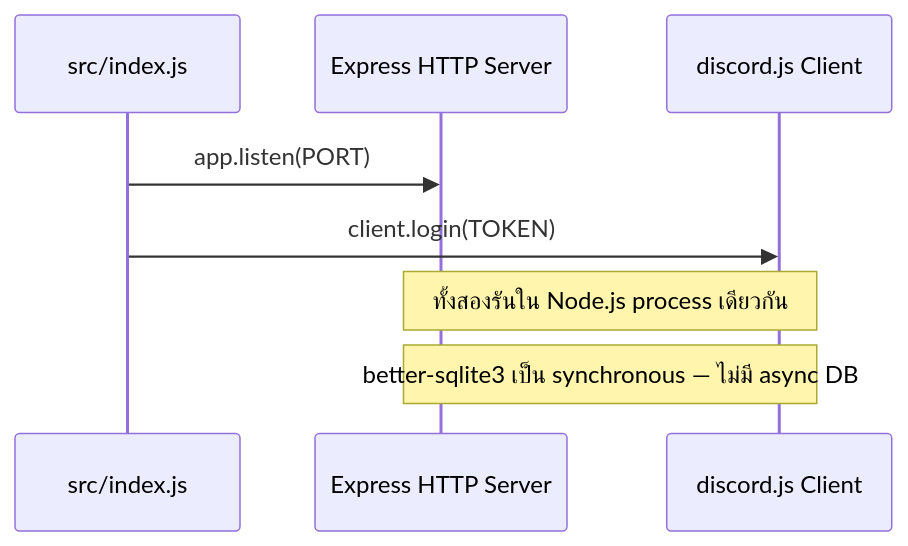
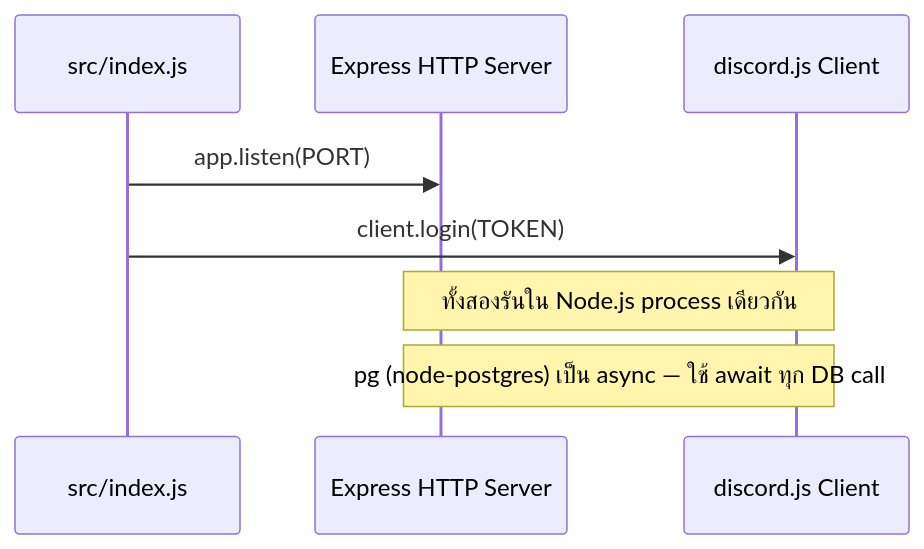
One commit to roocauctiondeveloper/ROOC-Auction changed the second of 2 diagrams in .kiro/specs/discord-reservation-bot/design.md. Above: the diagram before and after it, drawn with Mermaid. The commit also changed other lines of this file and 4 other files, not shown here.

Commit message:
Auto-update items:  M .kiro/specs/discord-reservation-bot/design.md M src/bot/commands/reserve.js M src/db/database.js D src/db/postgres.js M src/db/queries.js

````diff
--- a/.kiro/specs/discord-reservation-bot/design.md
+++ b/.kiro/specs/discord-reservation-bot/design.md
@@ -41,11 +41,11 @@
 ```mermaid
 sequenceDiagram
     participant Main as src/index.js
     participant Express as Express HTTP Server
     participant Bot as discord.js Client
 
     Main->>Express: app.listen(PORT)
     Main->>Bot: client.login(TOKEN)
     Note over Express,Bot: ทั้งสองรันใน Node.js process เดียวกัน
-    Note over Express,Bot: better-sqlite3 เป็น synchronous — ไม่มี async DB
+    Note over Express,Bot: pg (node-postgres) เป็น async — ใช้ await ทุก DB call
 ```
````
